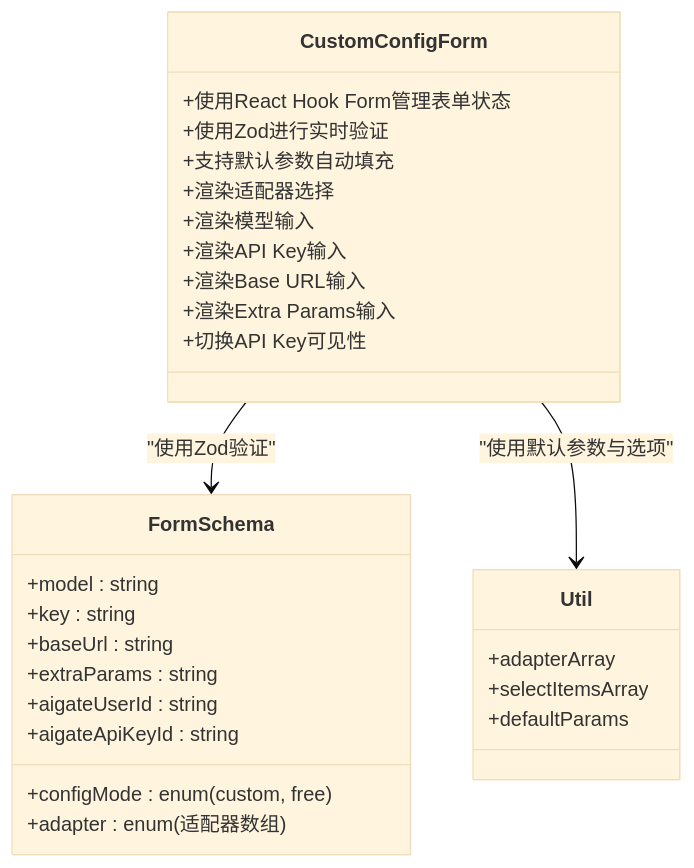
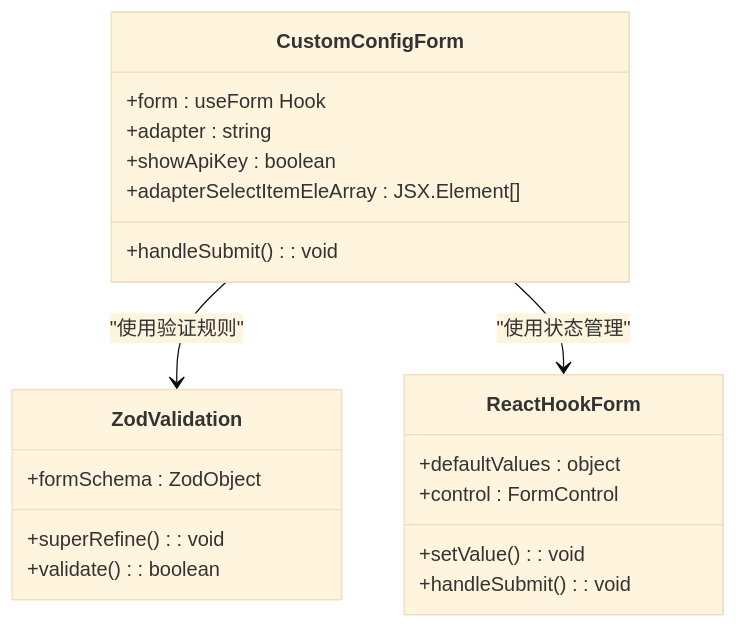
The fifth of 8 diagrams in .qoder/repowiki/zh/content/核心功能模块/配置管理系统.md (RadiumAg/bilibili-favorites), drawn with Mermaid (base theme) before and after one commit. The commit also changed other lines of this file and 27 other files, not shown here.

````diff
--- a/.qoder/repowiki/zh/content/核心功能模块/配置管理系统.md
+++ b/.qoder/repowiki/zh/content/核心功能模块/配置管理系统.md
@@ -246,31 +259,23 @@
 ```mermaid
 classDiagram
 class CustomConfigForm {
-+使用React Hook Form管理表单状态
-+使用Zod进行实时验证
-+支持默认参数自动填充
-+渲染适配器选择
-+渲染模型输入
-+渲染API Key输入
-+渲染Base URL输入
-+渲染Extra Params输入
-+切换API Key可见性
++form : useForm Hook
++adapter : string
++showApiKey : boolean
++handleSubmit() : void
++adapterSelectItemEleArray : JSX.Element[]
 }
-class FormSchema {
-+configMode : enum(custom, free)
-+adapter : enum(适配器数组)
-+model : string
-+key : string
-+baseUrl : string
-+extraParams : string
-+aigateUserId : string
-+aigateApiKeyId : string
+class ZodValidation {
++formSchema : ZodObject
++superRefine() : void
++validate() : boolean
 }
-class Util {
-+adapterArray
-+selectItemsArray
-+defaultParams
+class ReactHookForm {
++defaultValues : object
++control : FormControl
++setValue() : void
++handleSubmit() : void
 }
-CustomConfigForm --> FormSchema : "使用Zod验证"
-CustomConfigForm --> Util : "使用默认参数与选项"
+CustomConfigForm --> ZodValidation : "使用验证规则"
+CustomConfigForm --> ReactHookForm : "使用状态管理"
 ```
````
